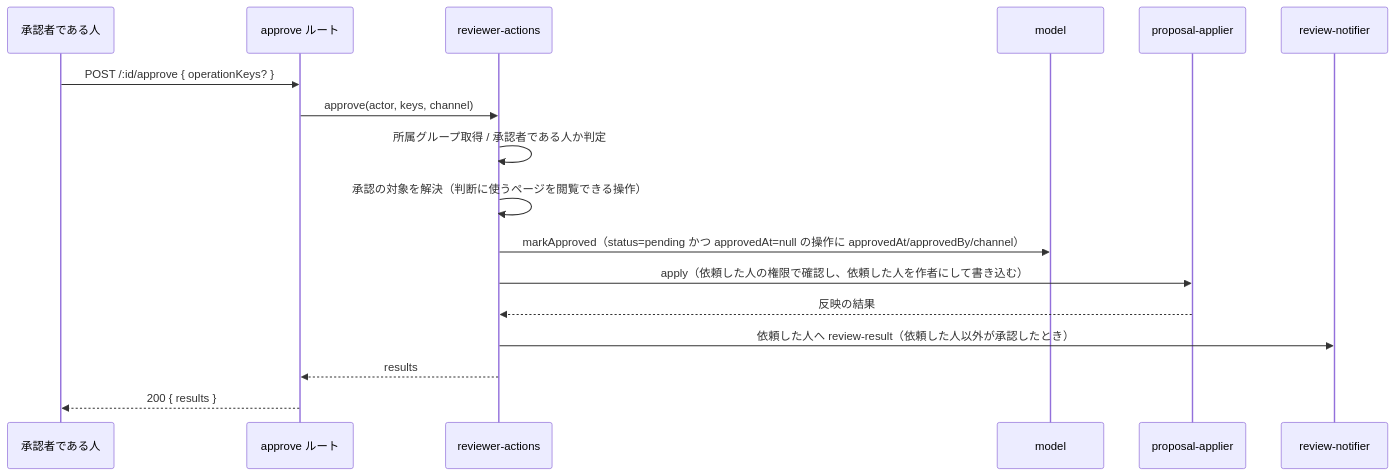
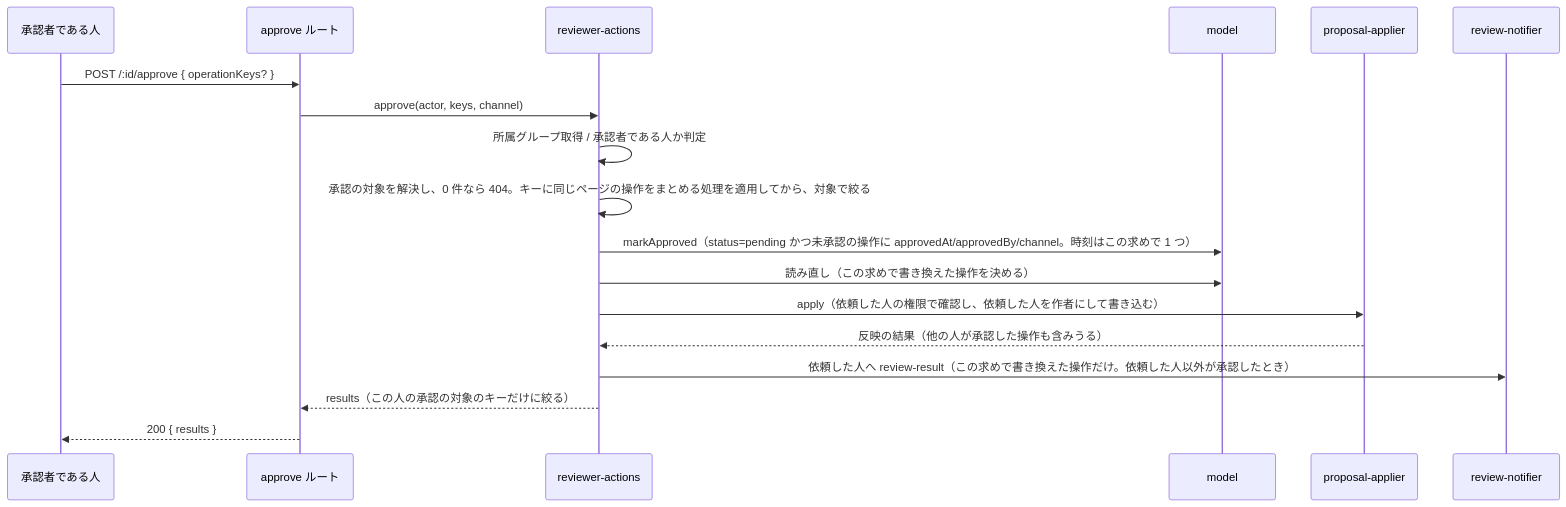
Before and after one commit to growilabs/growi: the second of 3 diagrams in .kiro/specs/change-proposal-reviewers/design.md, drawn with Mermaid. The commit also changed other lines of this file and 2 other files, not shown here.

Commit message:
docs(change-proposal-reviewers): fix the design after review round 1

````diff
--- a/.kiro/specs/change-proposal-reviewers/design.md
+++ b/.kiro/specs/change-proposal-reviewers/design.md
@@ -175,19 +176,20 @@
 ```mermaid
 sequenceDiagram
   participant U as 承認者である人
   participant R as approve ルート
   participant S as reviewer-actions
   participant M as model
   participant AP as proposal-applier
   participant N as review-notifier
   U->>R: POST /:id/approve { operationKeys? }
   R->>S: approve(actor, keys, channel)
   S->>S: 所属グループ取得 / 承認者である人か判定
-  S->>S: 承認の対象を解決（判断に使うページを閲覧できる操作）
-  S->>M: markApproved（status=pending かつ approvedAt=null の操作に approvedAt/approvedBy/channel）
+  S->>S: 承認の対象を解決し、0 件なら 404。キーに同じページの操作をまとめる処理を適用してから、対象で絞る
+  S->>M: markApproved（status=pending かつ未承認の操作に approvedAt/approvedBy/channel。時刻はこの求めで 1 つ）
+  S->>M: 読み直し（この求めで書き換えた操作を決める）
   S->>AP: apply（依頼した人の権限で確認し、依頼した人を作者にして書き込む）
-  AP-->>S: 反映の結果
-  S->>N: 依頼した人へ review-result（依頼した人以外が承認したとき）
-  S-->>R: results
+  AP-->>S: 反映の結果（他の人が承認した操作も含みうる）
+  S->>N: 依頼した人へ review-result（この求めで書き換えた操作だけ。依頼した人以外が承認したとき）
+  S-->>R: results（この人の承認の対象のキーだけに絞る）
   R-->>U: 200 { results }
 ```
````
